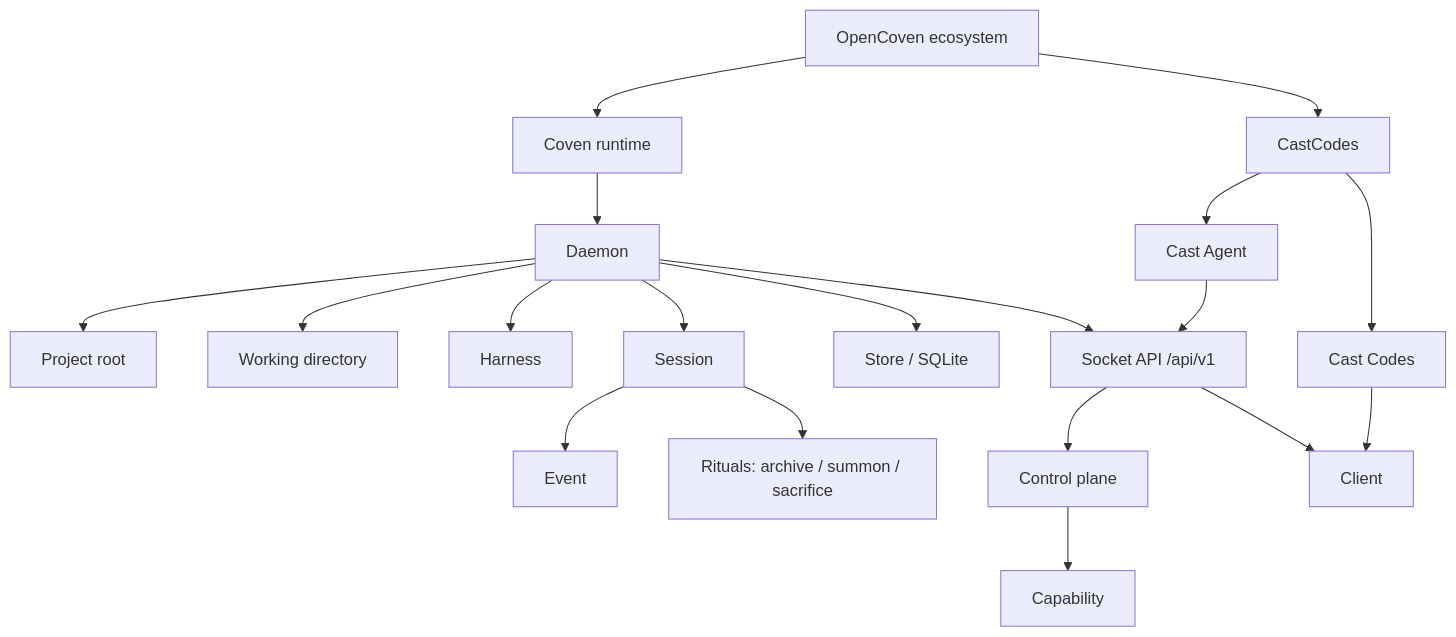
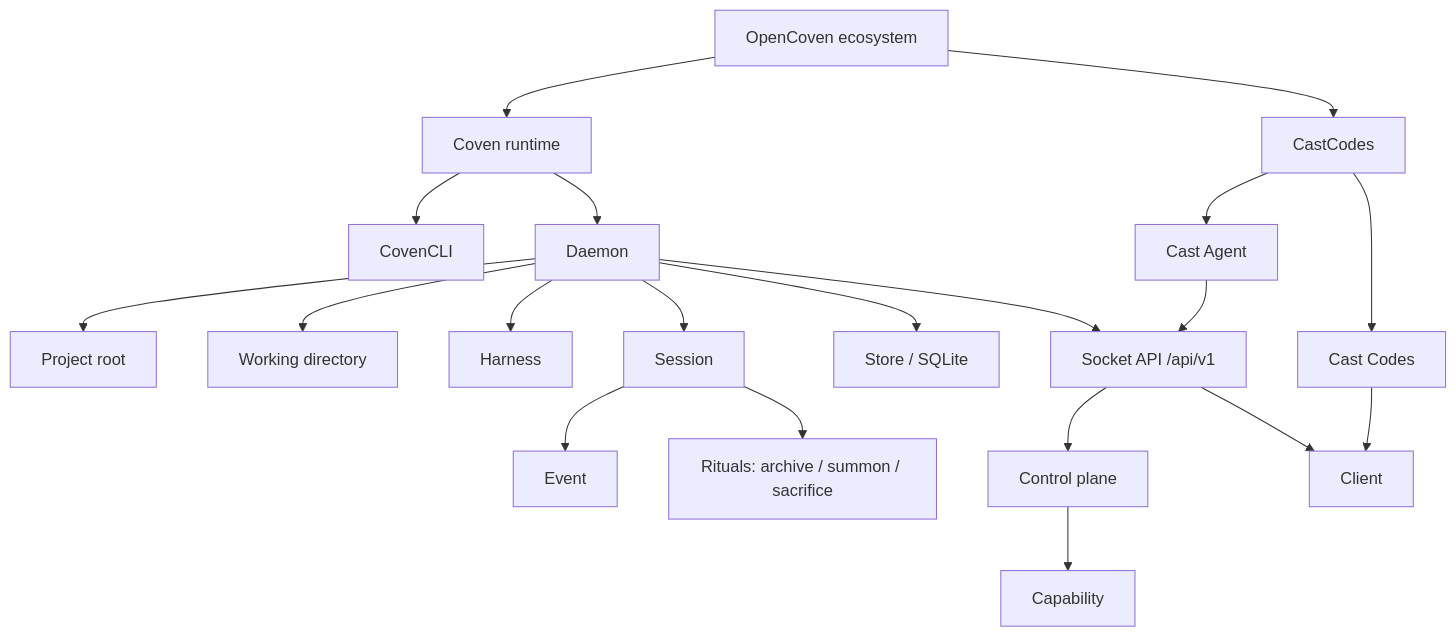
Before and after one commit to OpenCoven/coven-docs: the diagram in content/docs/guide/concepts.mdx, drawn with Mermaid. The commit also changed other lines of this file and 12 other files, not shown here.

First line of the commit message:
docs: modernize tables, expand Glossolalia map, finish CovenCLI rebrand

````diff
--- a/content/docs/guide/concepts.mdx
+++ b/content/docs/guide/concepts.mdx
@@ -13,21 +13,22 @@
 ```mermaid
 flowchart TB
   OpenCoven[OpenCoven ecosystem] --> Coven[Coven runtime]
+  Coven --> CovenCLI[CovenCLI]
   OpenCoven --> CastCodes[CastCodes]
   CastCodes --> CastAgent[Cast Agent]
   CastCodes --> CastCode[Cast Codes]
   Coven --> Daemon[Daemon]
   Daemon --> Project[Project root]
   Daemon --> Cwd[Working directory]
   Daemon --> Harness[Harness]
   Daemon --> Session[Session]
   Session --> Event[Event]
   Daemon --> Store[Store / SQLite]
   Daemon --> Socket[Socket API /api/v1]
   Socket --> ControlPlane[Control plane]
   ControlPlane --> Capability[Capability]
   Socket --> Client[Client]
   CastCode --> Client
   CastAgent --> Socket
   Session --> Ritual["Rituals: archive / summon / sacrifice"]
 ```
````
